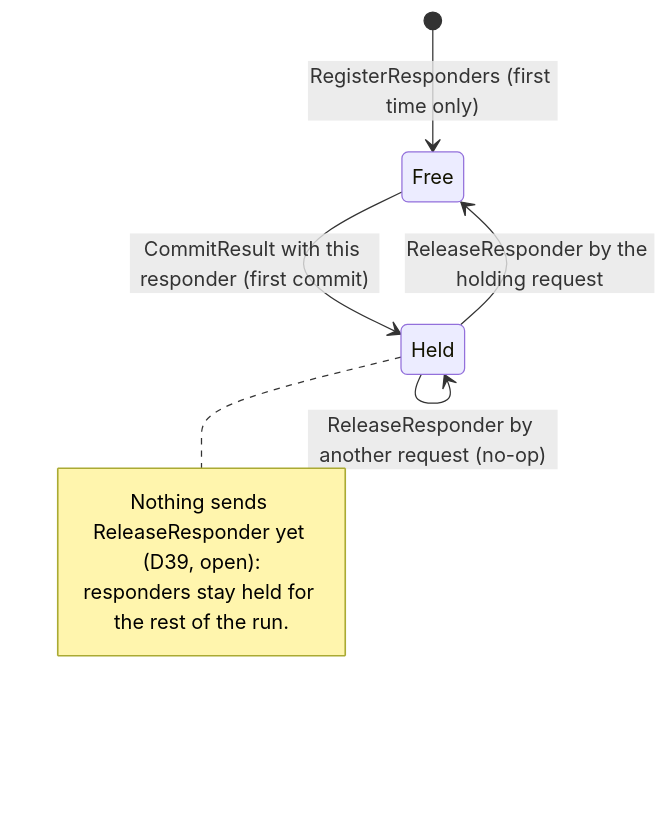
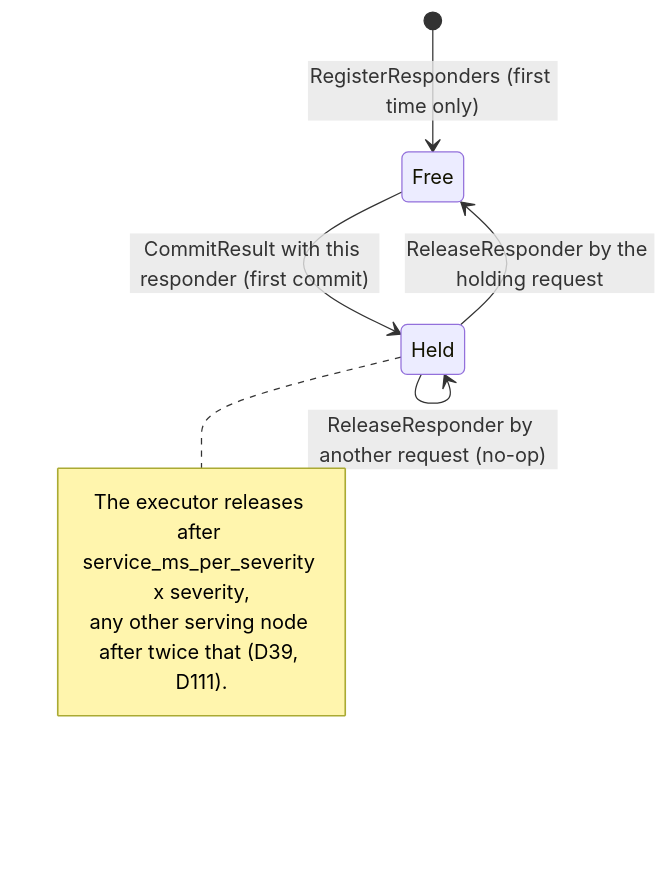
Before and after one commit to noortaytoy1/DistributedSystems: diagram 22 of 27 in docs/architecture.md, drawn with Mermaid. The commit also changed other lines of this file and 11 other files, not shown here.

First line of the commit message:
Release responders after a service time; give the planner age

````diff
--- a/docs/architecture.md
+++ b/docs/architecture.md
@@ -813,12 +813,12 @@
 ```mermaid
 stateDiagram-v2
     [*] --> Free: RegisterResponders (first time only)
     Free --> Held: CommitResult with this responder (first commit)
     Held --> Held: CommitResult by another request is Stale
     Held --> Free: ReleaseResponder by the holding request
     Held --> Held: ReleaseResponder by another request (no-op)
     note right of Held
-        Nothing sends ReleaseResponder yet (D39, open):
-        responders stay held for the rest of the run.
+        The executor releases after service_ms_per_severity x severity,
+        any other serving node after twice that (D39, D111).
     end note
 ```
````
